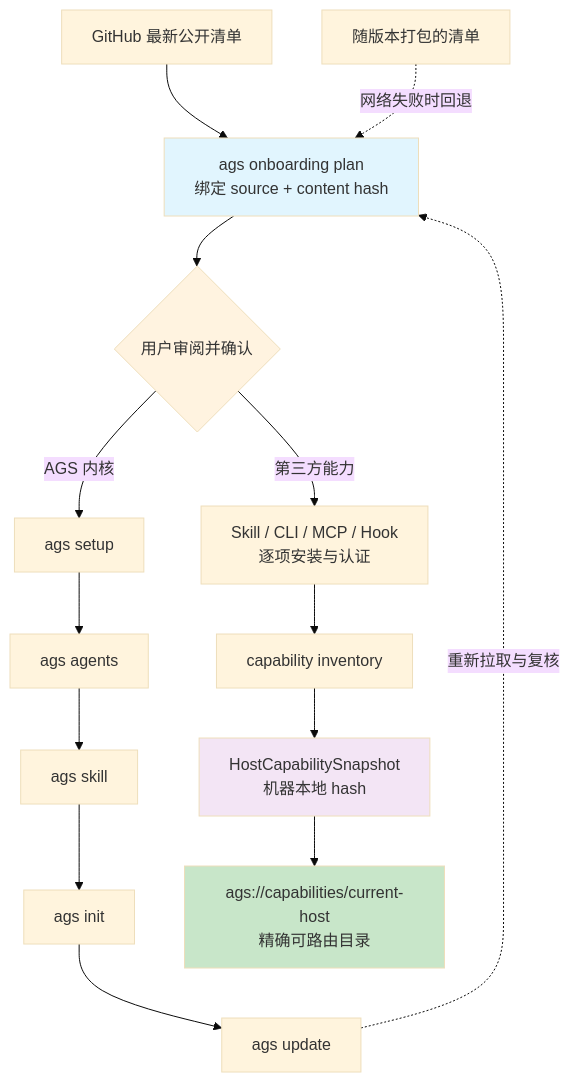
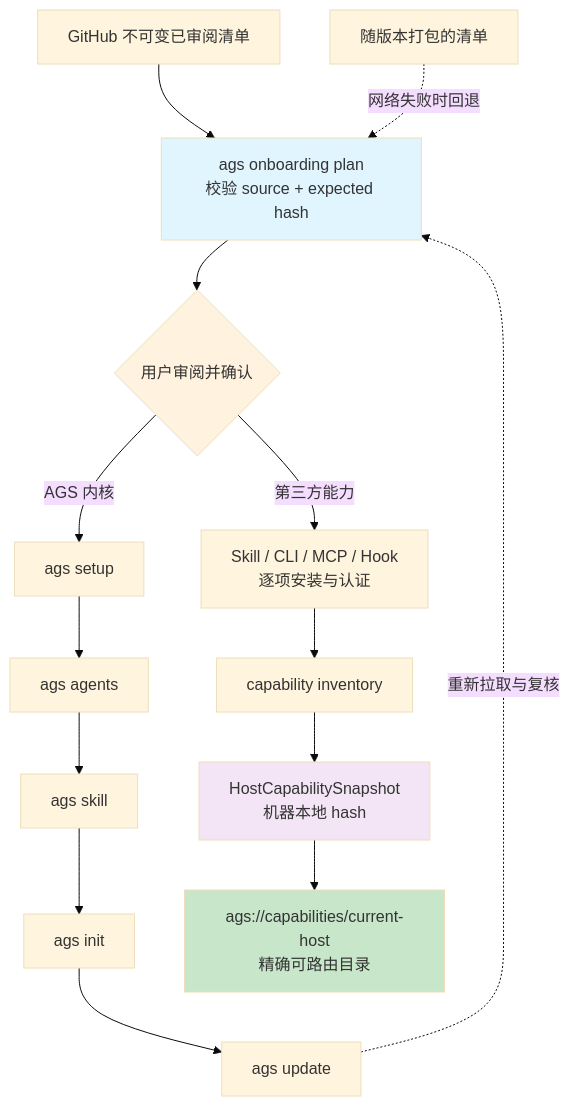
Before and after one commit to FernandeZ-hjm/Agent-General-Staff: the first of 2 diagrams in README.md, drawn with Mermaid (base theme). The commit also changed other lines of this file and 9 other files, not shown here.

````diff
--- a/README.md
+++ b/README.md
@@ -179,21 +179,21 @@
 ```mermaid
 flowchart TB
-    GH[GitHub 最新公开清单] --> PLAN[ags onboarding plan<br/>绑定 source + content hash]
+    GH[GitHub 不可变已审阅清单] --> PLAN[ags onboarding plan<br/>校验 source + expected hash]
     PKG[随版本打包的清单] -. 网络失败时回退 .-> PLAN
     PLAN --> REVIEW{用户审阅并确认}
     REVIEW -->|AGS 内核| S1[ags setup]
     S1 --> S2[ags agents]
     S2 --> S3[ags skill]
     S3 --> S4[ags init]
     S4 --> S5[ags update]
     REVIEW -->|第三方能力| EXT[Skill / CLI / MCP / Hook<br/>逐项安装与认证]
     EXT --> INV[capability inventory]
     INV --> SNAP[HostCapabilitySnapshot<br/>机器本地 hash]
     SNAP --> CAT[ags://capabilities/current-host<br/>精确可路由目录]
     S5 -. 重新拉取与复核 .-> PLAN
 
     style PLAN fill:#e1f5fe
     style REVIEW fill:#fff3e0
     style SNAP fill:#f3e5f5
     style CAT fill:#c8e6c9
 ```
````
